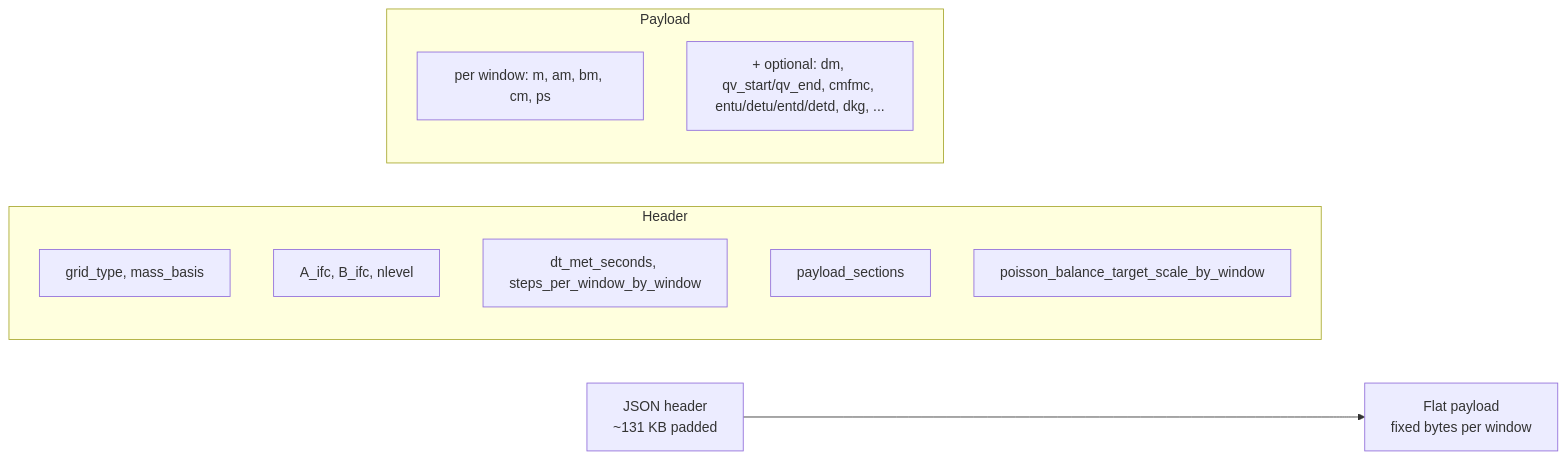
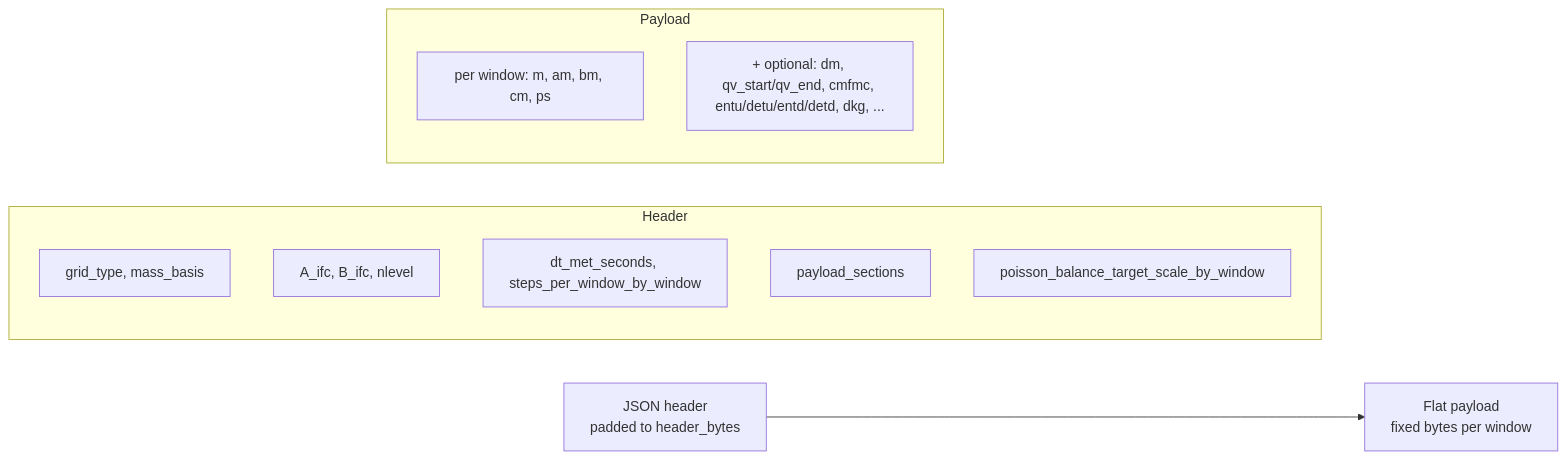
One commit to RemoteSensingTools/AtmosTransport changed the first of 4 diagrams in docs/src/for_tm5_gchp_users/binary_pipeline.md. Above: the diagram before and after it, drawn with Mermaid. The commit also changed other lines of this file and 119 other files, not shown here.

Commit message:
docs: rebuild newcomer manual for current architecture

````diff
--- a/docs/src/for_tm5_gchp_users/binary_pipeline.md
+++ b/docs/src/for_tm5_gchp_users/binary_pipeline.md
@@ -15,19 +15,19 @@
 ```mermaid
 flowchart LR
-    H[JSON header<br/>~131 KB padded]
+    H[JSON header<br/>padded to header_bytes]
     PAY[Flat payload<br/>fixed bytes per window]
     H --> PAY
     subgraph Header
         direction TB
         H1[grid_type, mass_basis]
         H2[A_ifc, B_ifc, nlevel]
         H3[dt_met_seconds, steps_per_window_by_window]
         H4[payload_sections]
         H5[poisson_balance_target_scale_by_window]
     end
     subgraph Payload
         direction TB
         P1[per window: m, am, bm, cm, ps]
         P2[+ optional: dm, qv_start/qv_end, cmfmc, entu/detu/entd/detd, dkg, ...]
     end
 ```
````
